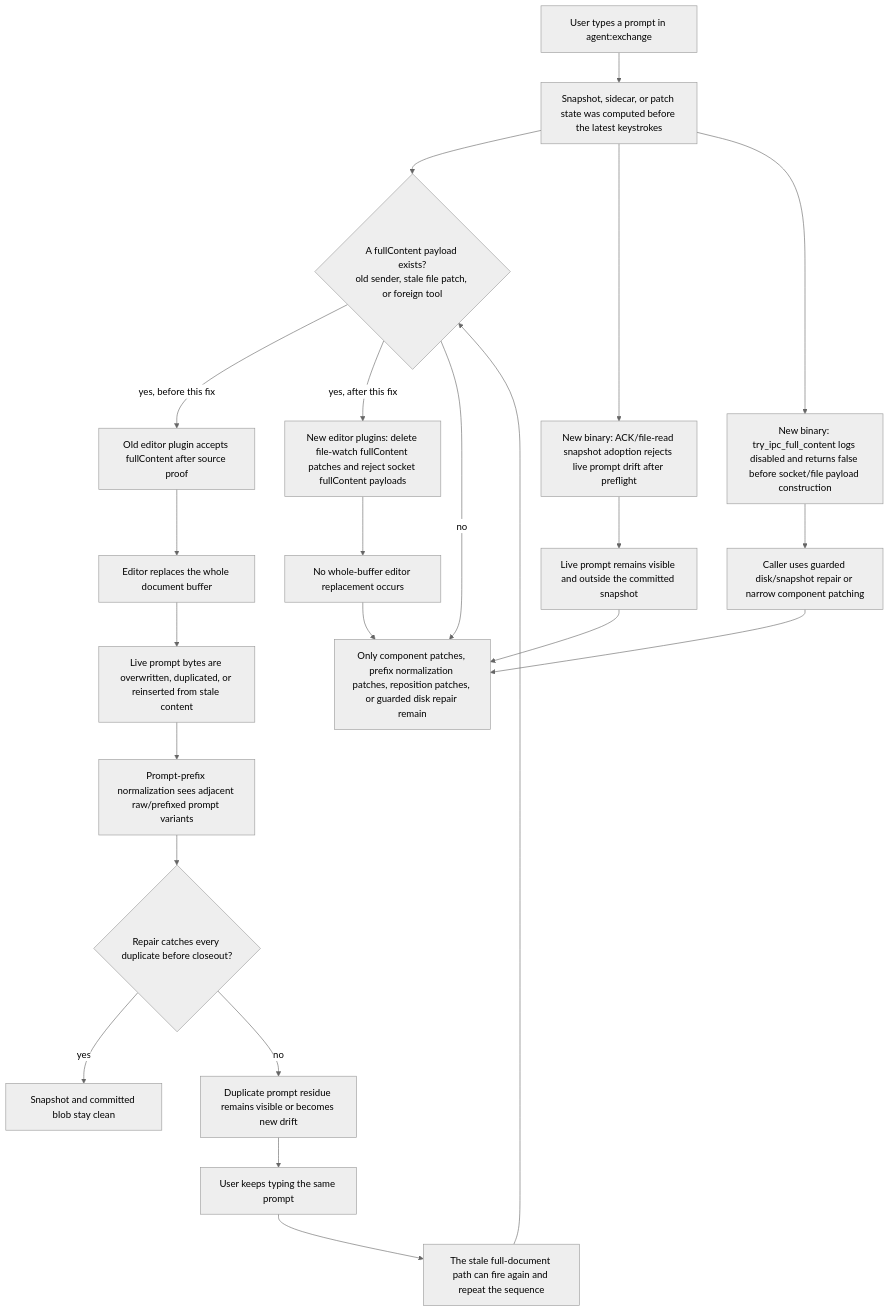
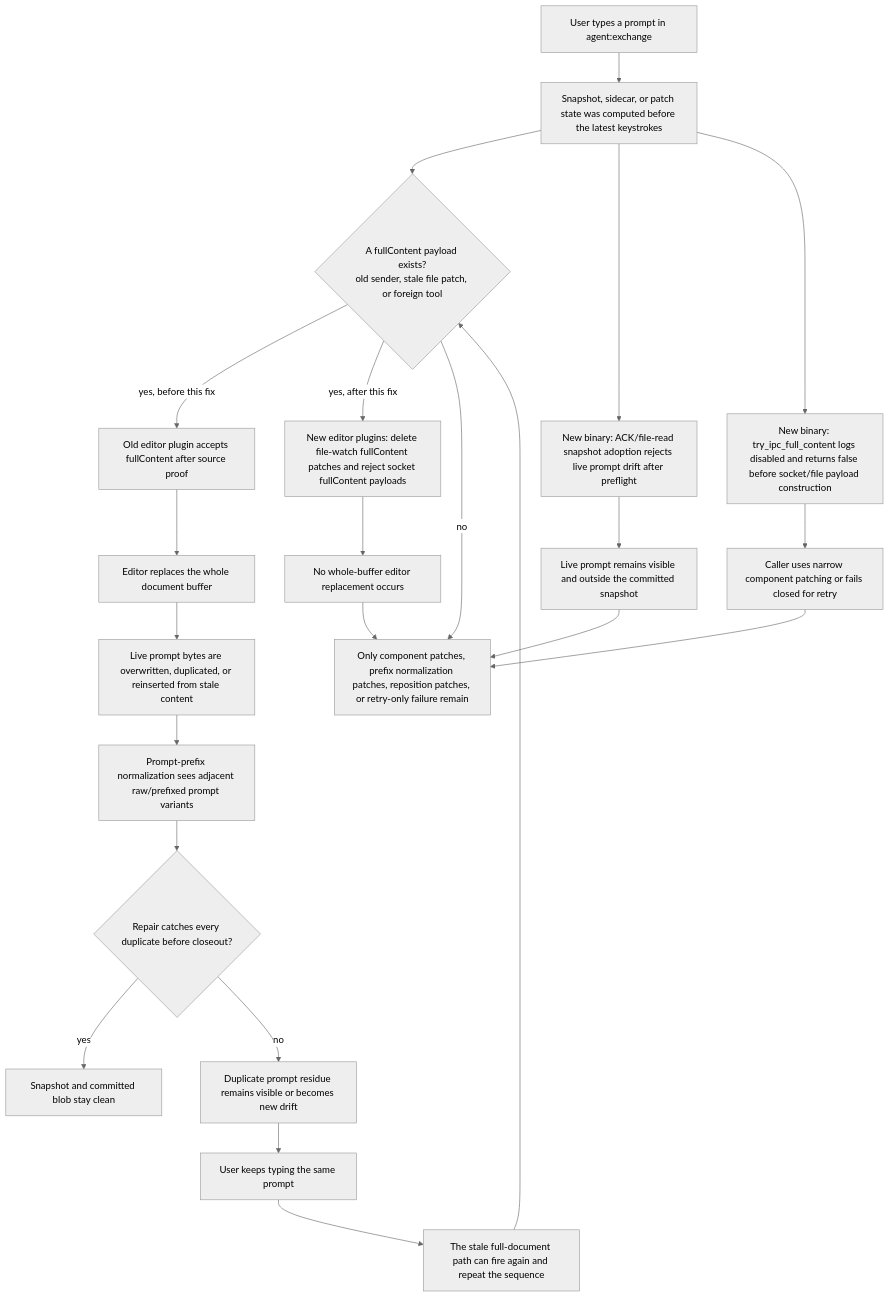
The diagram in docs/reference/full-document-ipc-corruption-chain.md (btakita/agent-doc), drawn with Mermaid (neutral theme) before and after one commit. The commit also changed 26 other files, not shown here.

````diff
--- a/docs/reference/full-document-ipc-corruption-chain.md
+++ b/docs/reference/full-document-ipc-corruption-chain.md
@@ -10,32 +10,32 @@
 ```mermaid
 flowchart TD
   typing["User types a prompt in agent:exchange"]
   staleState["Snapshot, sidecar, or patch state was computed before the latest keystrokes"]
   fullPayload{"A fullContent payload exists?\nold sender, stale file patch, or foreign tool"}
   oldReceiver["Old editor plugin accepts fullContent after source proof"]
   wholeReplace["Editor replaces the whole document buffer"]
   clobber["Live prompt bytes are overwritten, duplicated, or reinserted from stale content"]
   promptVariant["Prompt-prefix normalization sees adjacent raw/prefixed prompt variants"]
   duplicateRepair{"Repair catches every duplicate before closeout?"}
   committedClean["Snapshot and committed blob stay clean"]
   residue["Duplicate prompt residue remains visible or becomes new drift"]
   nextTyping["User keeps typing the same prompt"]
   repeat["The stale full-document path can fire again and repeat the sequence"]
 
   disabledBinary["New binary: try_ipc_full_content logs disabled and returns false before socket/file payload construction"]
-  guardedDisk["Caller uses guarded disk/snapshot repair or narrow component patching"]
+  guardedDisk["Caller uses narrow component patching or fails closed for retry"]
   disabledPlugin["New editor plugins: delete file-watch fullContent patches and reject socket fullContent payloads"]
   adoptionGuard["New binary: ACK/file-read snapshot adoption rejects live prompt drift after preflight"]
   noReplace["No whole-buffer editor replacement occurs"]
   promptHandoff["Live prompt remains visible and outside the committed snapshot"]
-  narrowPatch["Only component patches, prefix normalization patches, reposition patches, or guarded disk repair remain"]
+  narrowPatch["Only component patches, prefix normalization patches, reposition patches, or retry-only failure remain"]
 
   typing --> staleState --> fullPayload
   fullPayload -- "yes, before this fix" --> oldReceiver --> wholeReplace --> clobber --> promptVariant --> duplicateRepair
   duplicateRepair -- "yes" --> committedClean
   duplicateRepair -- "no" --> residue --> nextTyping --> repeat --> fullPayload
   fullPayload -- "yes, after this fix" --> disabledPlugin --> noReplace --> narrowPatch
   staleState --> adoptionGuard --> promptHandoff --> narrowPatch
   staleState --> disabledBinary --> guardedDisk --> narrowPatch
   fullPayload -- "no" --> narrowPatch
 ```
````
